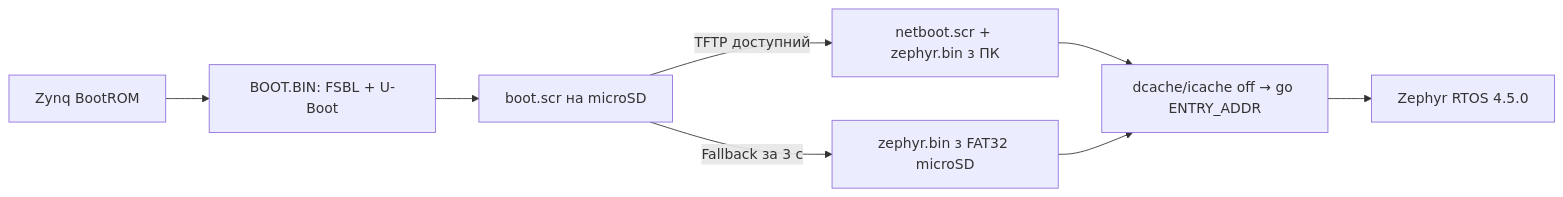
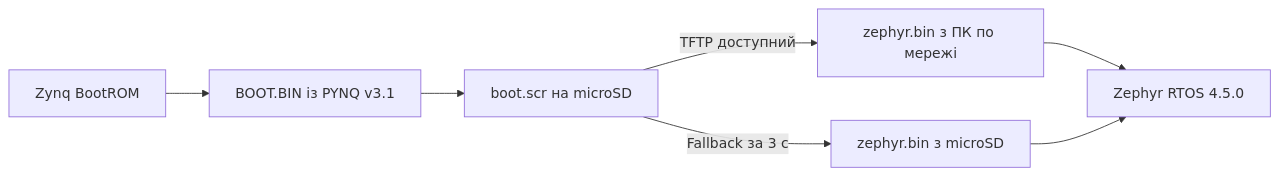
The diagram in DOU/DOU-Zephyr-RTOS-on-PYNQ-Z1-without-Vivado-UA.md (nick-fedchik/articles), drawn with Mermaid before and after one commit. The commit also changed other lines of this file and 1 other file, not shown here.

````diff
--- a/DOU/DOU-Zephyr-RTOS-on-PYNQ-Z1-without-Vivado-UA.md
+++ b/DOU/DOU-Zephyr-RTOS-on-PYNQ-Z1-without-Vivado-UA.md
@@ -26,10 +17,9 @@
 ```mermaid
 flowchart LR
-    A[Zynq BootROM] --> B[BOOT.BIN: FSBL + U-Boot]
+    A[Zynq BootROM] --> B[BOOT.BIN із PYNQ v3.1]
     B --> C[boot.scr на microSD]
-    C -->|TFTP доступний| D[netboot.scr + zephyr.bin з ПК]
-    C -->|Fallback за 3 с| E[zephyr.bin з FAT32 microSD]
-    D --> F["dcache/icache off → go ENTRY_ADDR"]
+    C -->|TFTP доступний| D[zephyr.bin з ПК по мережі]
+    C -->|Fallback за 3 с| E[zephyr.bin з microSD]
+    D --> F[Zephyr RTOS 4.5.0]
     E --> F
-    F --> G[Zephyr RTOS 4.5.0]
 ```
````
